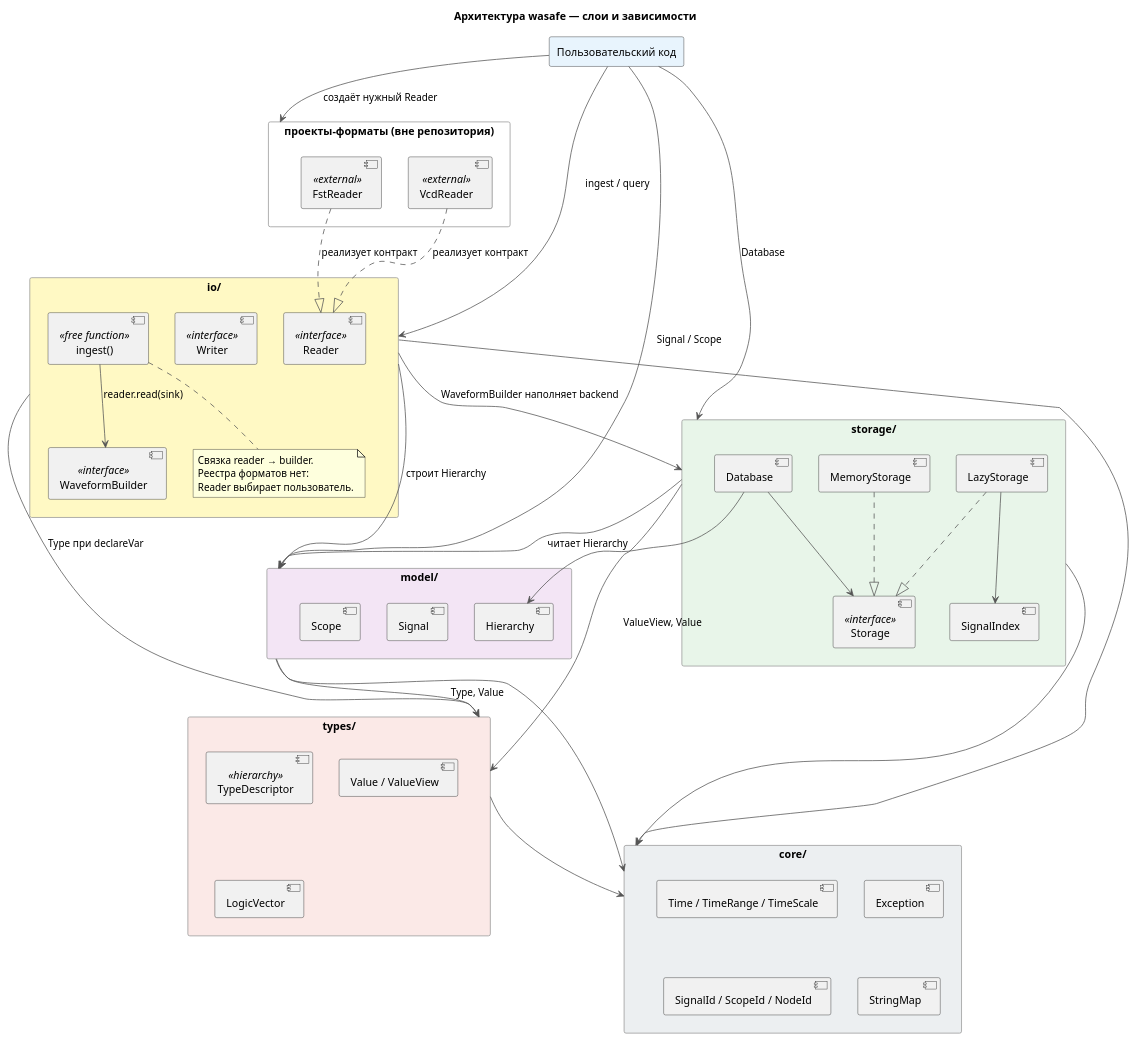
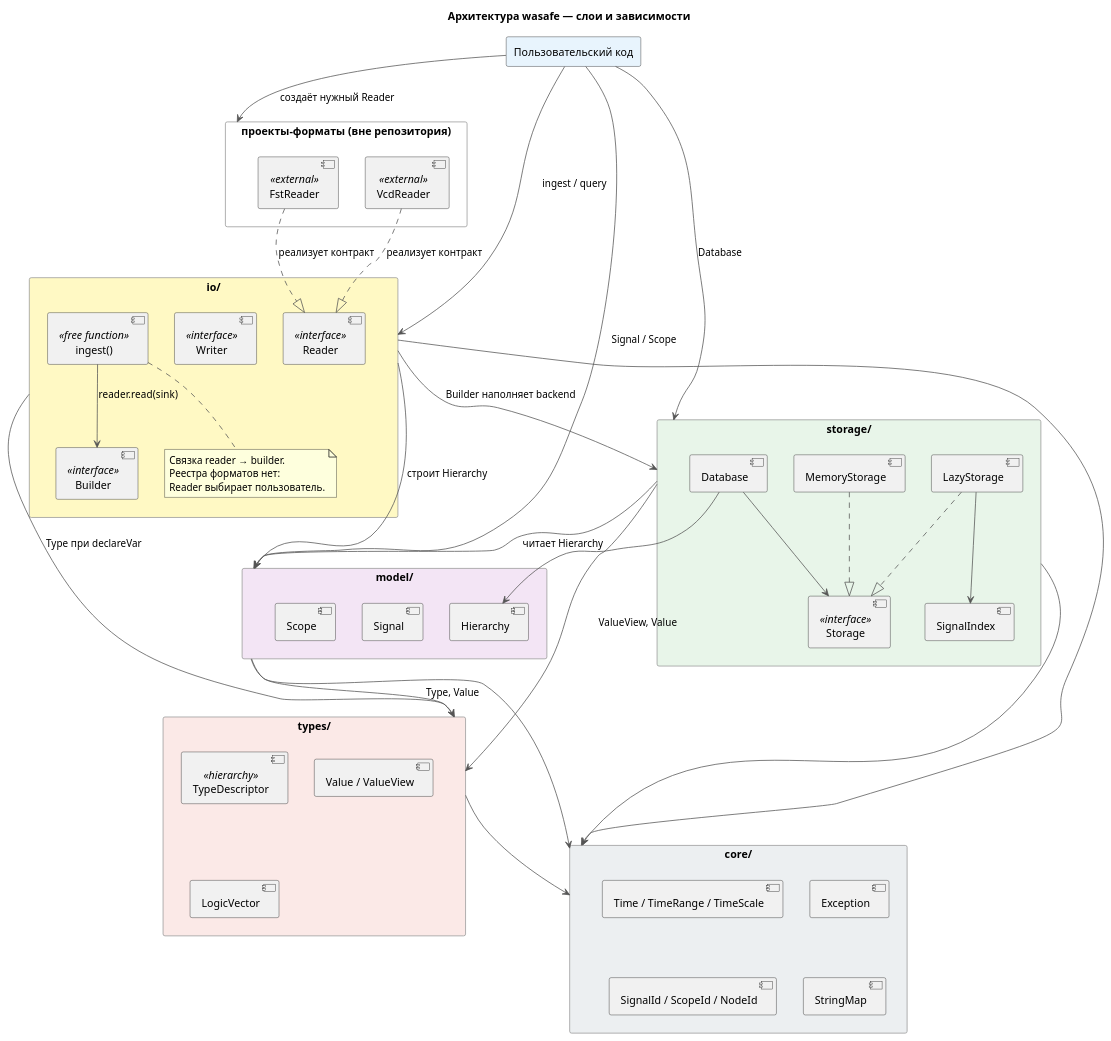
One commit to gikon3/wasafe changed the diagram in docs/uml/01_architecture.puml. Above: the diagram before and after it, drawn with PlantUML. The commit also changed 2 other files, not shown here.

Commit message:
doc: устаревшие места в UML-диаграммах
Заметка про сайдкар пережила переезд на самодостаточный store.

```diff
--- a/docs/uml/01_architecture.puml
+++ b/docs/uml/01_architecture.puml
@@ -1,82 +1,82 @@
 @startuml 01_architecture
 title Архитектура wasafe — слои и зависимости
 
 skinparam packageStyle rectangle
 skinparam defaultFontName Consolas
 skinparam arrowColor #555555
 skinparam packageBorderColor #999999
 
 package "Пользовательский код" as user #E8F4FD {
 }
 
 package "io/" as io #FFF9C4 {
-    [WaveformBuilder]  <<interface>>
-    [Reader]           <<interface>>
-    [Writer]           <<interface>>
-    [ingest()]         <<free function>>
+    [Builder]     <<interface>>
+    [Reader]      <<interface>>
+    [Writer]      <<interface>>
+    [ingest()]    <<free function>>
     note bottom of [ingest()]
       Связка reader → builder.
       Реестра форматов нет:
       Reader выбирает пользователь.
     end note
 }
 
 package "проекты-форматы (вне репозитория)" as formats #FFFFFF {
     [VcdReader]        <<external>>
     [FstReader]        <<external>>
 }
 
 package "storage/" as storage #E8F5E9 {
     [Database]
     [Storage]   <<interface>>
     [MemoryStorage]
     [LazyStorage]
     [SignalIndex]
 }
 
 package "model/" as model #F3E5F5 {
     [Hierarchy]
     [Signal]
     [Scope]
 }
 
 package "types/" as types #FBE9E7 {
     [TypeDescriptor]   <<hierarchy>>
     [Value / ValueView]
     [LogicVector]
 }
 
 package "core/" as core #ECEFF1 {
     [Time / TimeRange / TimeScale]
     [Exception]
     [SignalId / ScopeId / NodeId]
     [StringMap]
 }
 
 ' зависимости сверху вниз
 user --> io         : ingest / query
 user --> formats    : создаёт нужный Reader
 user --> storage    : Database
 user --> model      : Signal / Scope
 
-io --> storage      : WaveformBuilder наполняет backend
+io --> storage      : Builder наполняет backend
 io --> model        : строит Hierarchy
 storage --> model   : читает Hierarchy
 model --> types     : Type, Value
 storage --> types   : ValueView, Value
 io --> types        : Type при declareVar
 types --> core
 model --> core
 storage --> core
 io --> core
 
 [VcdReader] ..|> [Reader]          : реализует контракт
 [FstReader] ..|> [Reader]          : реализует контракт
-[ingest()] --> [WaveformBuilder]   : reader.read(sink)
+[ingest()] --> [Builder]           : reader.read(sink)
 [Database] --> [Storage]
 [Database] --> [Hierarchy]
 [MemoryStorage] ..|> [Storage]
 [LazyStorage] ..|> [Storage]
 [LazyStorage] --> [SignalIndex]
 
 @enduml
```
